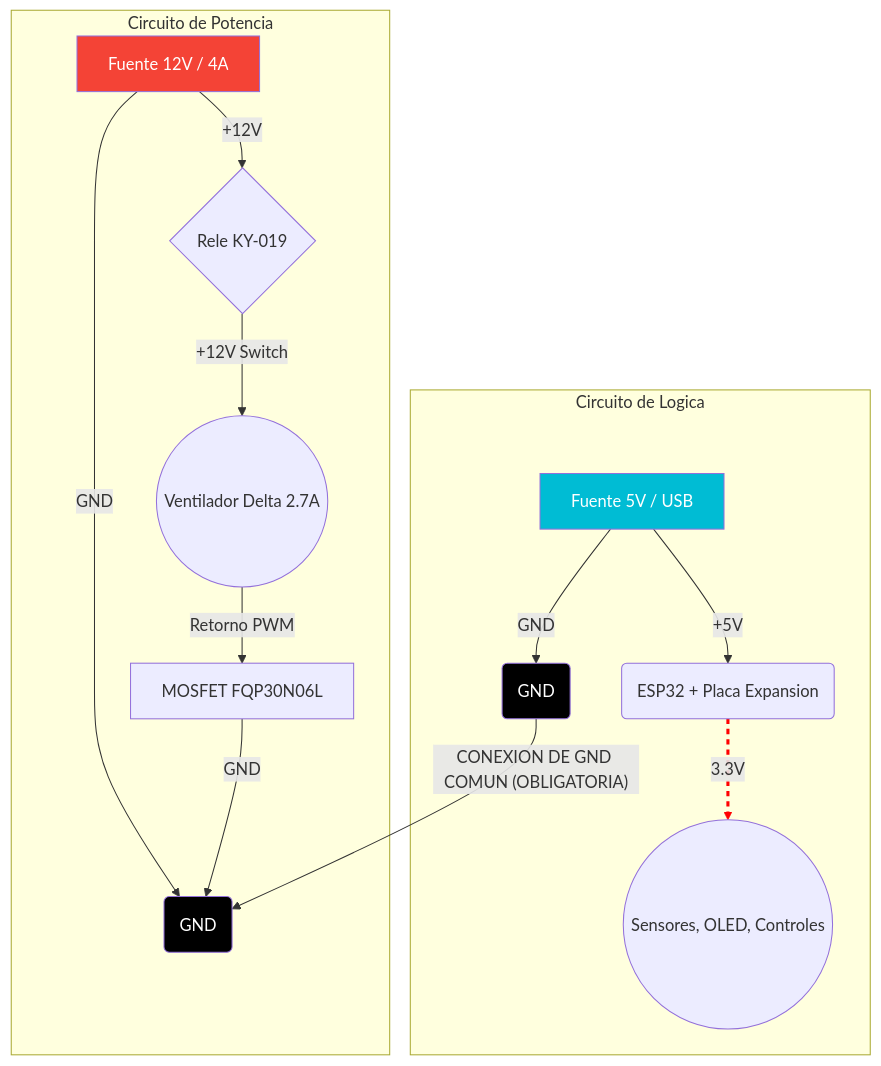
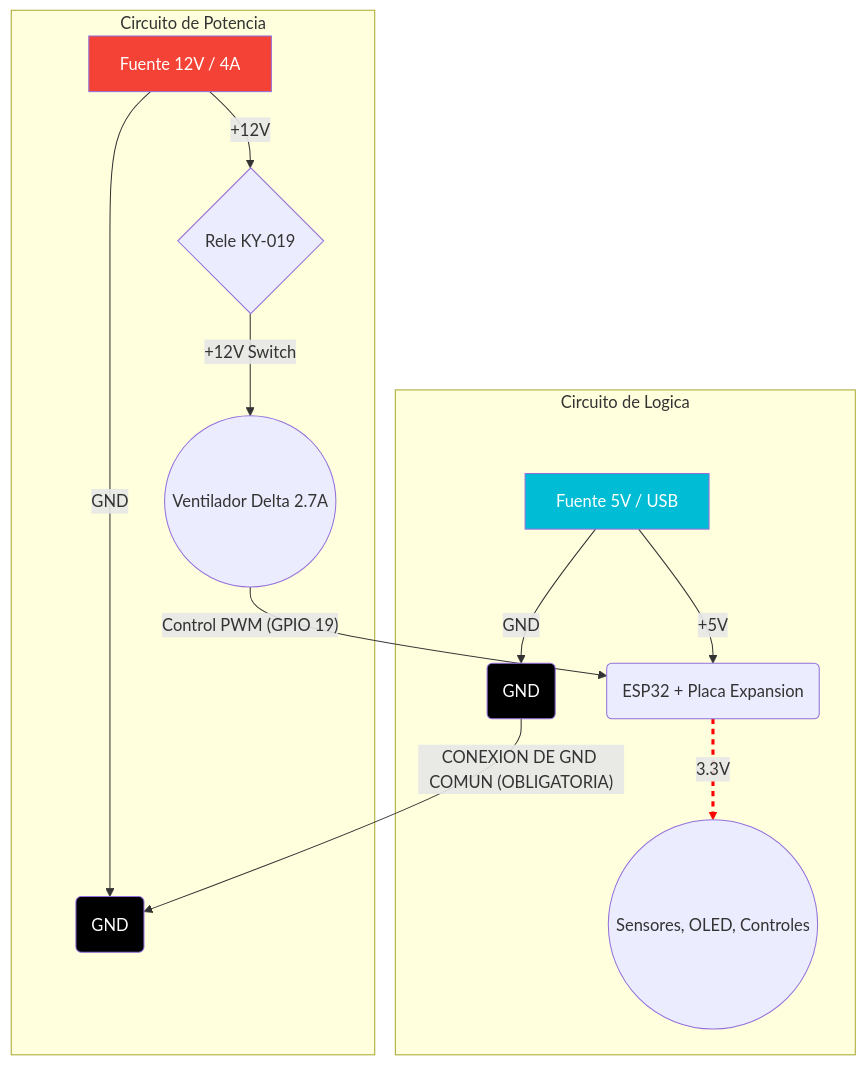
Before and after one commit to RMedits/extractor-inteligente-firmware: the diagram in docs/DIAGRAMA_ALIMENTACION.md, drawn with Mermaid. The commit also changed 13 other files, not shown here.

Commit message:
Update docs for PWM fan control

````diff
--- a/docs/DIAGRAMA_ALIMENTACION.md
+++ b/docs/DIAGRAMA_ALIMENTACION.md
@@ -5,28 +5,27 @@
 ```mermaid
 graph TD
     subgraph "Circuito de Logica"
         A[Fuente 5V / USB]
         A -- "+5V" --> B(ESP32 + Placa Expansion);
         A -- "GND" --> G1(GND);
         B -- "3.3V" --> C((Sensores, OLED, Controles));
     end
 
     subgraph "Circuito de Potencia"
         D[Fuente 12V / 4A]
         D -- "+12V" --> E{Rele KY-019};
         E -- "+12V Switch" --> F((Ventilador Delta 2.7A));
         D -- "GND" --> G2(GND);
-        F -- "Retorno PWM" --> M[MOSFET FQP30N06L];
-        M -- "GND" --> G2;
+        F -- "Control PWM (GPIO 19)" --> B;
     end
 
     %% Conexion Critica
     G1 -- "CONEXION DE GND COMUN (OBLIGATORIA)" --> G2;
 
     %% Estilos
     style A fill:#00BCD4,color:#fff
     style D fill:#F44336,color:#fff
     style G1 fill:#000,color:#fff
     style G2 fill:#000,color:#fff
     linkStyle 2 stroke:#ff0000,stroke-width:3px,stroke-dasharray: 5 5;
 ```
````
